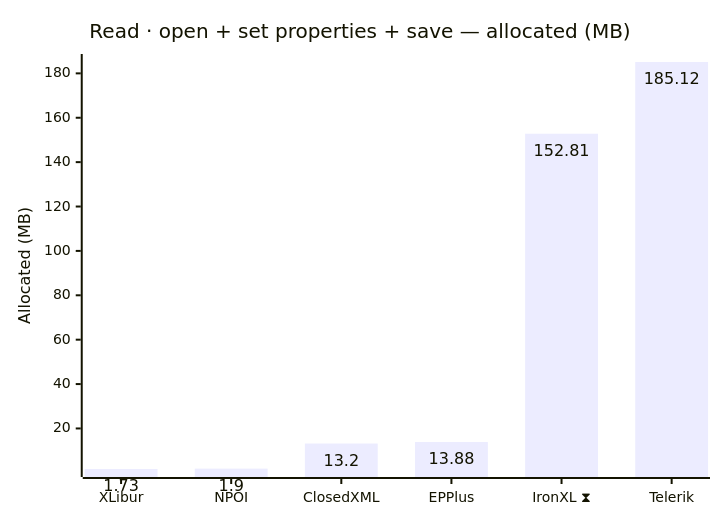
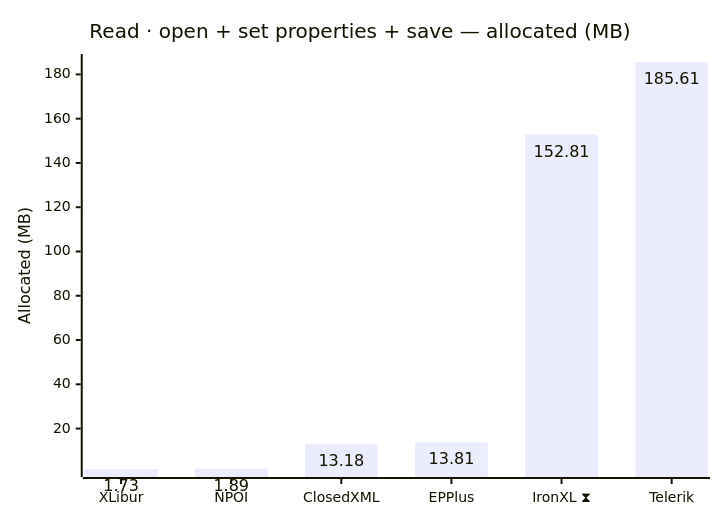
The second of 12 diagrams in docs/results.md (jafin/XLBench), drawn with Mermaid before and after one commit. The commit also changed other lines of this file and 4 other files, not shown here.

````diff
--- a/docs/results.md
+++ b/docs/results.md
@@ -53,12 +53,12 @@
 ```mermaid
 ---
 config:
   xyChart:
     showDataLabel: true
 ---
 xychart-beta
     title "Read · open + set properties + save — allocated (MB)"
     x-axis ["XLibur", "NPOI", "ClosedXML", "EPPlus", "IronXL ⧗", "Telerik"]
     y-axis "Allocated (MB)"
-    bar [1.73, 1.9, 13.2, 13.88, 152.81, 185.12]
+    bar [1.73, 1.89, 13.18, 13.81, 152.81, 185.61]
 ```
````
